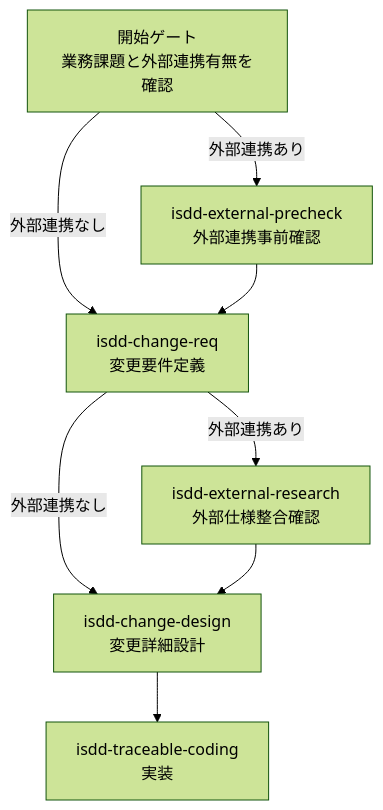
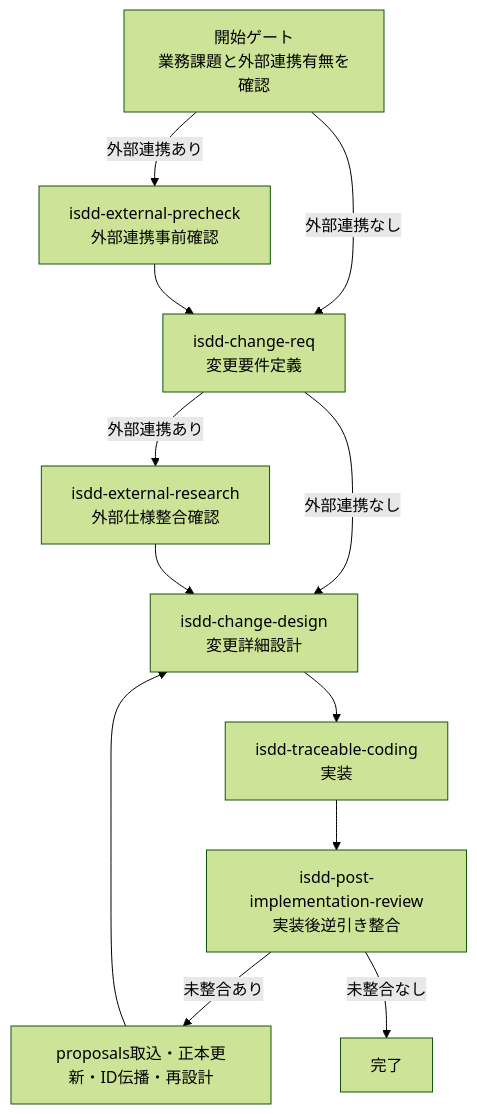
One commit to notfolder/isdd changed the second of 3 diagrams in README.md. Above: the diagram before and after it, drawn with Mermaid (forest theme). The commit also changed other lines of this file and 20 other files, not shown here.

Commit message:
isdd-change-candidates-review.mdに関する修正を実施

````diff
--- a/README.md
+++ b/README.md
@@ -66,17 +85,23 @@
 ```mermaid
 graph TD
     G2[開始ゲート\n業務課題と外部連携有無を確認]
     PRE[isdd-external-precheck\n外部連携事前確認]
     CREQ[isdd-change-req\n変更要件定義]
     EX[isdd-external-research\n外部仕様整合確認]
     CDES[isdd-change-design\n変更詳細設計]
     COD[isdd-traceable-coding\n実装]
+    PIR[isdd-post-implementation-review\n実装後逆引き整合]
+    CFB[proposals取込・正本更新・ID伝播・再設計]
 
     G2 -->|外部連携あり| PRE
     G2 -->|外部連携なし| CREQ
     PRE --> CREQ
     CREQ -->|外部連携あり| EX
     CREQ -->|外部連携なし| CDES
     EX --> CDES
     CDES --> COD
+    COD --> PIR
+    PIR -->|未整合あり| CFB
+    CFB --> CDES
+    PIR -->|未整合なし| END2[完了]
 ```
````
